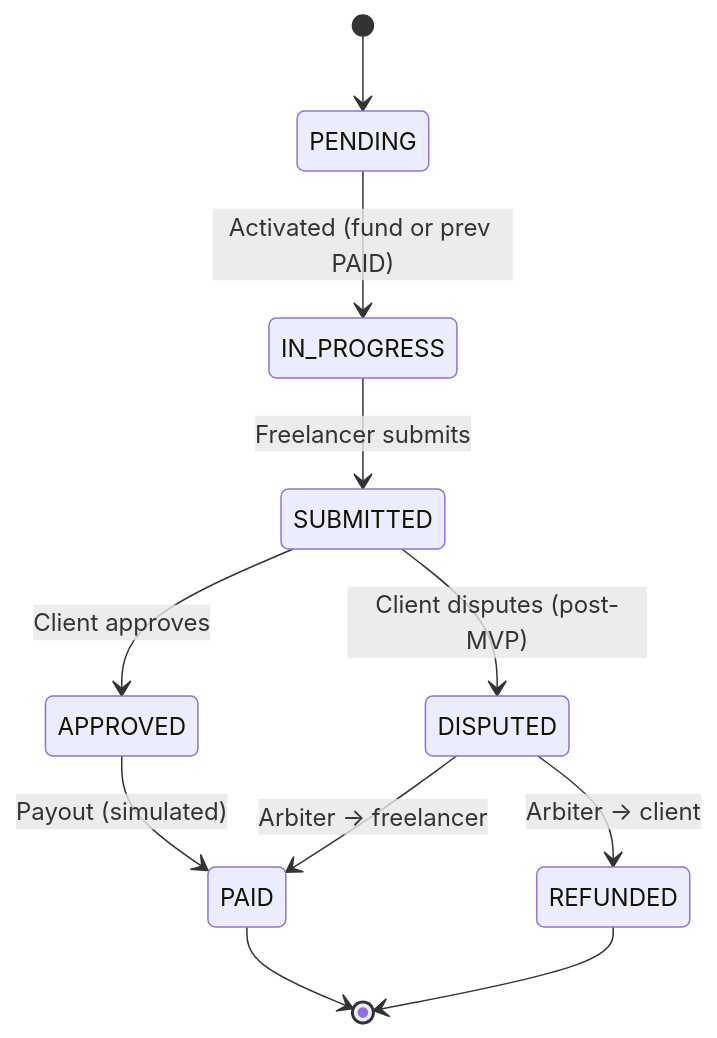
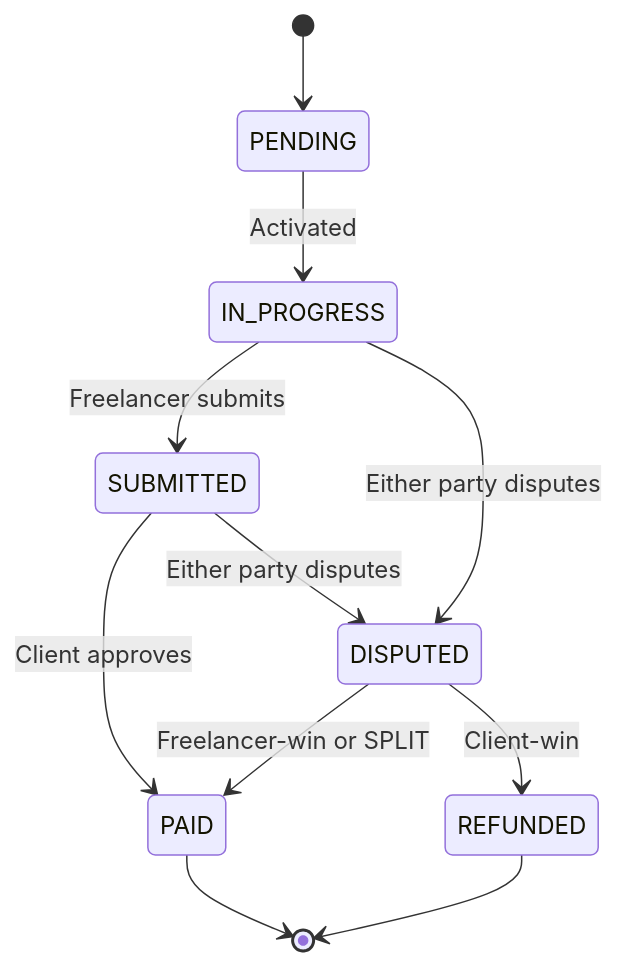
One commit to thuisdev/nexum changed the second of 2 diagrams in docs/project-lifecycle.md. Above: the diagram before and after it, drawn with Mermaid. The commit also changed other lines of this file, not shown here.

Commit message:
align lifecycle docs with implemented dispute and payout flow

````diff
--- a/docs/project-lifecycle.md
+++ b/docs/project-lifecycle.md
@@ -155,13 +182,13 @@
 ```mermaid
 stateDiagram-v2
     [*] --> PENDING
-    PENDING --> IN_PROGRESS: Activated (fund or prev PAID)
+    PENDING --> IN_PROGRESS: Activated
     IN_PROGRESS --> SUBMITTED: Freelancer submits
-    SUBMITTED --> APPROVED: Client approves
-    APPROVED --> PAID: Payout (simulated)
-    SUBMITTED --> DISPUTED: Client disputes (post-MVP)
-    DISPUTED --> PAID: Arbiter → freelancer
-    DISPUTED --> REFUNDED: Arbiter → client
+    IN_PROGRESS --> DISPUTED: Either party disputes
+    SUBMITTED --> PAID: Client approves
+    SUBMITTED --> DISPUTED: Either party disputes
+    DISPUTED --> PAID: Freelancer-win or SPLIT
+    DISPUTED --> REFUNDED: Client-win
     PAID --> [*]
     REFUNDED --> [*]
 ```
````
